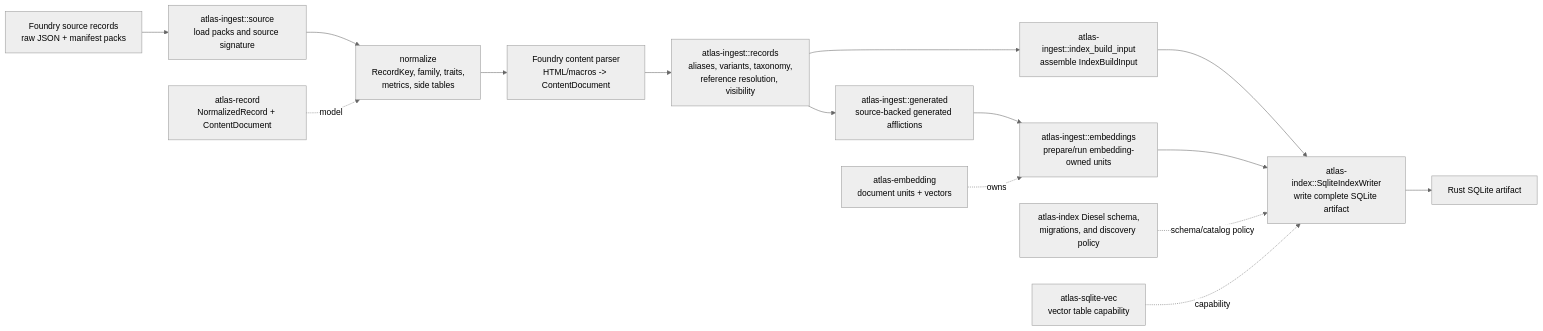
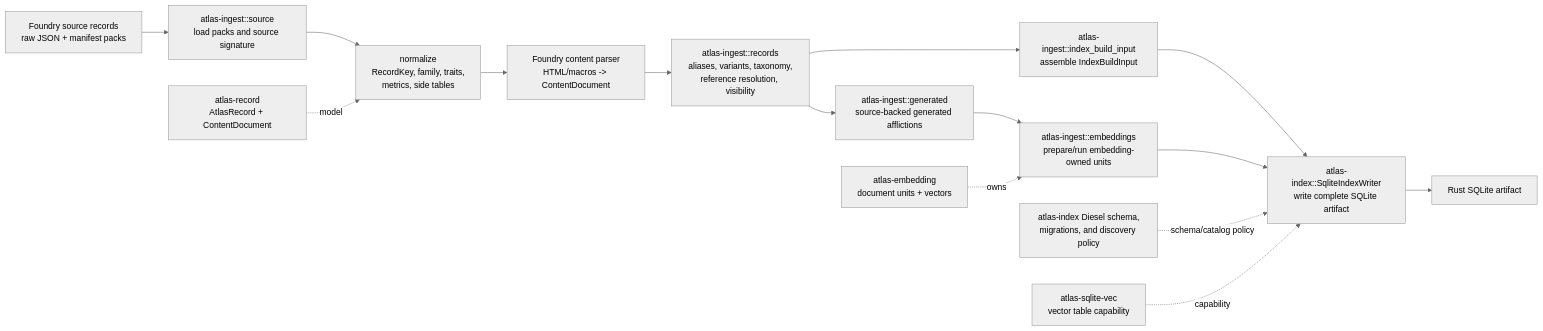
The second of 4 diagrams in docs/architecture/runtime.md (e-kosten/pf2e-atlas), drawn with Mermaid (neutral theme) before and after one commit. The commit also changed other lines of this file and 106 other files, not shown here.

Commit message:
refactor: reshape atlas record model

````diff
--- a/docs/architecture/runtime.md
+++ b/docs/architecture/runtime.md
@@ -58,18 +58,18 @@
 ```mermaid
 flowchart LR
     raw["Foundry source records<br/>raw JSON + manifest packs"] --> load["atlas-ingest::source<br/>load packs and source signature"]
     load --> normalize["normalize<br/>RecordKey, family, traits,<br/>metrics, side tables"]
     normalize --> content["Foundry content parser<br/>HTML/macros -> ContentDocument"]
     content --> enrich["atlas-ingest::records<br/>aliases, variants, taxonomy,<br/>reference resolution, visibility"]
     enrich --> generated["atlas-ingest::generated<br/>source-backed generated afflictions"]
     generated --> embedPrep["atlas-ingest::embeddings<br/>prepare/run embedding-owned units"]
     enrich --> buildInput["atlas-ingest::index_build_input<br/>assemble IndexBuildInput"]
     buildInput --> writer["atlas-index::SqliteIndexWriter<br/>write complete SQLite artifact"]
     embedPrep --> writer
     writer --> sqlite["Rust SQLite artifact"]
 
-    record["atlas-record<br/>NormalizedRecord + ContentDocument"] -. model .-> normalize
+    record["atlas-record<br/>AtlasRecord + ContentDocument"] -. model .-> normalize
     artifactSchema["atlas-index Diesel schema,<br/>migrations, and discovery policy"] -. schema/catalog policy .-> writer
     embedding["atlas-embedding<br/>document units + vectors"] -. owns .-> embedPrep
     sqliteVec["atlas-sqlite-vec<br/>vector table capability"] -. capability .-> writer
 ```
````
